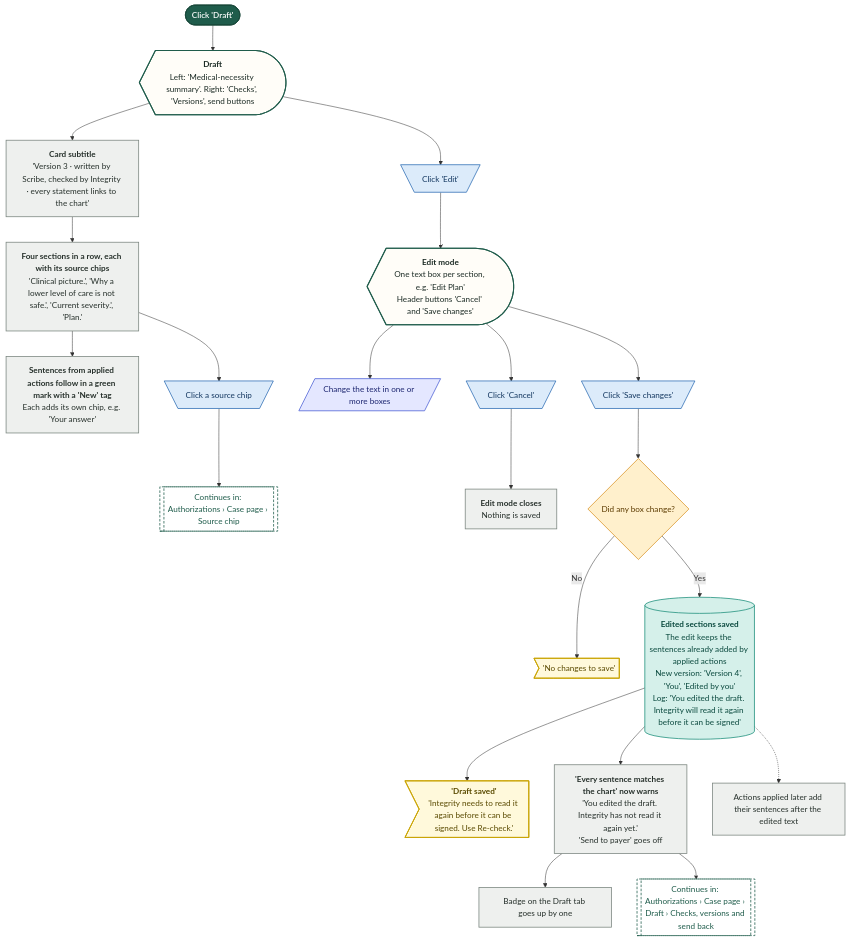
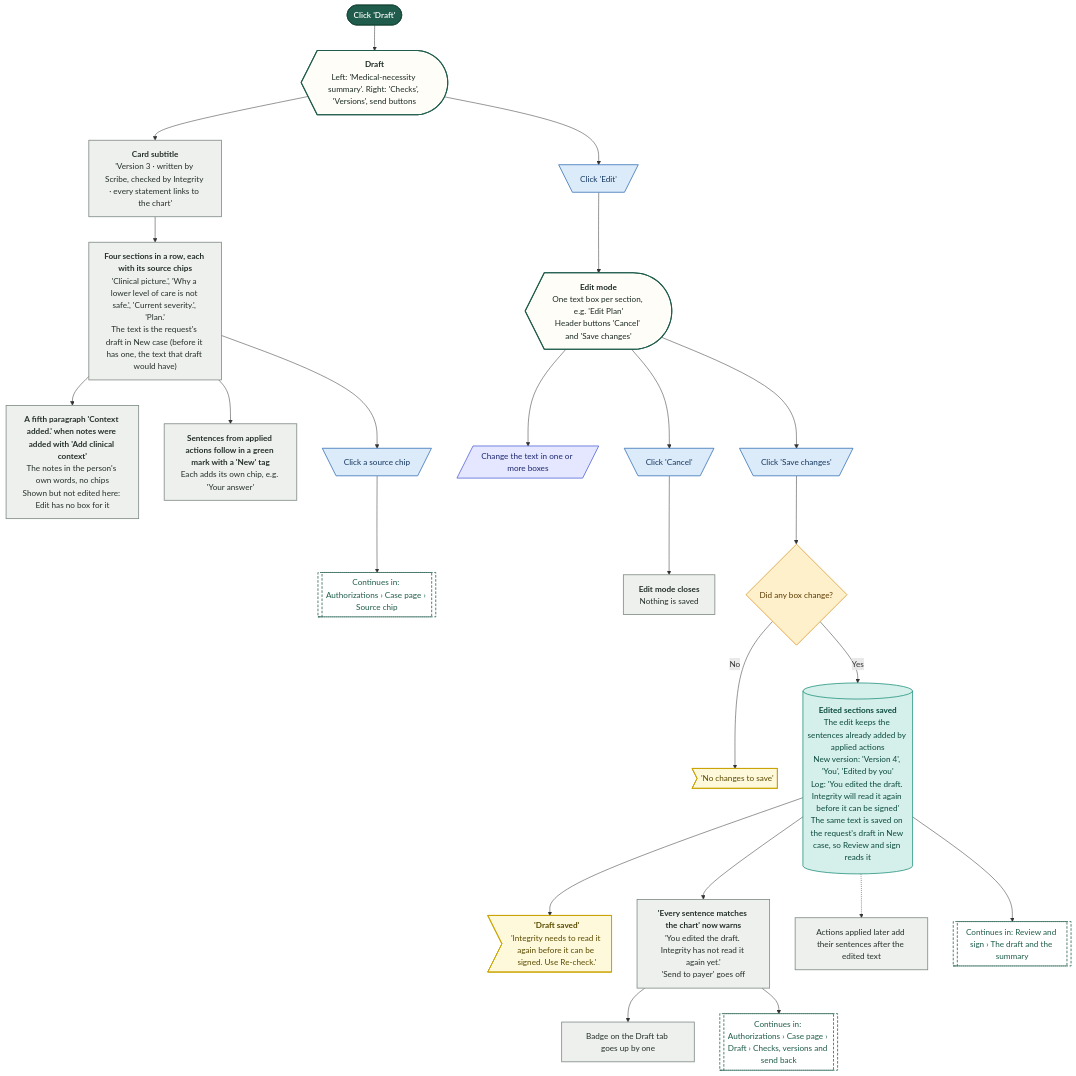
Before and after one commit to Shrav143/psyfloapp: the diagram in demos/prior-auth-demo/workflows/out/mmd/03-authorizations/70-draft-read-edit.mmd, drawn with Mermaid. The commit also changed 195 other files, not shown here.

First line of the commit message:
docs: Rebuild workflow diagrams after the demo fixes (220 diagrams)

```diff
--- a/demos/prior-auth-demo/workflows/out/mmd/03-authorizations/70-draft-read-edit.mmd
+++ b/demos/prior-auth-demo/workflows/out/mmd/03-authorizations/70-draft-read-edit.mmd
@@ -1,58 +1,62 @@
 %%{init: {"theme":"base","themeVariables":{"fontFamily":"'DM Sans', 'Segoe UI', system-ui, sans-serif","fontSize":"15px","lineColor":"#5B6B63","primaryTextColor":"#1C2B25","clusterBkg":"#FBF8F3","clusterBorder":"#D9CDBB","edgeLabelBackground":"#FFFFFF"},"flowchart":{"curve":"basis","nodeSpacing":36,"rankSpacing":48,"padding":12,"htmlLabels":true,"useMaxWidth":false,"wrappingWidth":230}} }%%
 flowchart TD
   classDef k_start fill:#1F5C4B,stroke:#174638,color:#FFFFFF,stroke-width:1.5px,font-weight:600
   classDef k_end fill:#DDEFE3,stroke:#2E7D4F,color:#14502F,stroke-width:1.5px,font-weight:600
   classDef k_endx fill:#FBE3E0,stroke:#C0392B,color:#7A1F16,stroke-width:1.5px,font-weight:600
   classDef k_screen fill:#FFFDF8,stroke:#1F5C4B,color:#1C2B25,stroke-width:2px
   classDef k_overlay fill:#F1F7F3,stroke:#1F5C4B,color:#1C2B25,stroke-width:2px,stroke-dasharray:5 3
   classDef k_click fill:#DCEBFA,stroke:#2F6DB5,color:#12365F,stroke-width:1.5px
   classDef k_input fill:#E4E7FF,stroke:#4C5FD5,color:#1D2670,stroke-width:1.5px
   classDef k_process fill:#EEF0EE,stroke:#7A857F,color:#26302B,stroke-width:1.5px
   classDef k_agent fill:#EEE5FA,stroke:#7A4FC2,color:#341A63,stroke-width:1.5px
   classDef k_decision fill:#FFF0CC,stroke:#D9962B,color:#5C3B00,stroke-width:1.5px
   classDef k_store fill:#D5F0EA,stroke:#1C8E7B,color:#0B4A3F,stroke-width:1.5px
   classDef k_doc fill:#F6E9DC,stroke:#B07A4C,color:#4A2E14,stroke-width:1.5px
   classDef k_ext fill:#FFE6D2,stroke:#E07B39,color:#6B2F06,stroke-width:1.5px
   classDef k_wait fill:#E4E8EE,stroke:#6B7C93,color:#26303D,stroke-width:1.5px
   classDef k_toast fill:#FFF9DB,stroke:#C9A400,color:#5A4A00,stroke-width:1.5px
   classDef k_goto fill:#FFFFFF,stroke:#1F5C4B,color:#1F5C4B,stroke-width:1.5px,stroke-dasharray:5 3
   s1@{ shape: stadium, label: "Click 'Draft'" }
   dr@{ shape: curv-trap, label: "<b>Draft</b><br/>Left: 'Medical-necessity summary'. Right: 'Checks', 'Versions', send buttons" }
   hd@{ shape: rect, label: "<b>Card subtitle</b><br/>'Version 3 · written by Scribe, checked by Integrity · every statement links to the chart'" }
-  sec@{ shape: rect, label: "<b>Four sections in a row, each with its source chips</b><br/>'Clinical picture.', 'Why a lower level of care is not safe.', 'Current severity.', 'Plan.'" }
+  sec@{ shape: rect, label: "<b>Four sections in a row, each with its source chips</b><br/>'Clinical picture.', 'Why a lower level of care is not safe.', 'Current severity.', 'Plan.'<br/>The text is the request's draft in New case (before it has one, the text that draft would have)" }
+  cx@{ shape: rect, label: "<b>A fifth paragraph 'Context added.' when notes were added with 'Add clinical context'</b><br/>The notes in the person's own words, no chips<br/>Shown but not edited here: Edit has no box for it" }
   nw@{ shape: rect, label: "<b>Sentences from applied actions follow in a green mark with a 'New' tag</b><br/>Each adds its own chip, e.g. 'Your answer'" }
   ch@{ shape: trap-t, label: "Click a source chip" }
   gC@{ shape: subproc, label: "Continues in: Authorizations › Case page › Source chip" }
   ed@{ shape: trap-t, label: "Click 'Edit'" }
   em@{ shape: curv-trap, label: "<b>Edit mode</b><br/>One text box per section, e.g. 'Edit Plan'<br/>Header buttons 'Cancel' and 'Save changes'" }
   ty@{ shape: lean-r, label: "Change the text in one or more boxes" }
   cn@{ shape: trap-t, label: "Click 'Cancel'" }
   cd@{ shape: rect, label: "<b>Edit mode closes</b><br/>Nothing is saved" }
   sv@{ shape: trap-t, label: "Click 'Save changes'" }
   dCh@{ shape: diam, label: "Did any box change?" }
   tn@{ shape: odd, label: "'No changes to save'" }
-  sd@{ shape: cyl, label: "<b>Edited sections saved</b><br/>The edit keeps the sentences already added by applied actions<br/>New version: 'Version 4', 'You', 'Edited by you'<br/>Log: 'You edited the draft. Integrity will read it again before it can be signed'" }
+  sd@{ shape: cyl, label: "<b>Edited sections saved</b><br/>The edit keeps the sentences already added by applied actions<br/>New version: 'Version 4', 'You', 'Edited by you'<br/>Log: 'You edited the draft. Integrity will read it again before it can be signed'<br/>The same text is saved on the request's draft in New case, so Review and sign reads it" }
   ts@{ shape: odd, label: "<b>'Draft saved'</b><br/>'Integrity needs to read it again before it can be signed. Use Re-check.'" }
   dy@{ shape: rect, label: "<b>'Every sentence matches the chart' now warns</b><br/>'You edited the draft. Integrity has not read it again yet.'<br/>'Send to payer' goes off" }
   bd@{ shape: rect, label: "Badge on the Draft tab goes up by one" }
   lt@{ shape: rect, label: "Actions applied later add their sentences after the edited text" }
   gK@{ shape: subproc, label: "Continues in: Authorizations › Case page › Draft › Checks, versions and send back" }
+  gR@{ shape: subproc, label: "Continues in: Review and sign › The draft and the summary" }
   s1 --> dr --> hd --> sec --> nw
   sec --> ch --> gC
+  sec --> cx
   dr --> ed --> em --> ty
   em --> cn --> cd
   em --> sv --> dCh
   dCh -->|"No"| tn
   dCh -->|"Yes"| sd --> ts
   sd --> dy --> bd
   dy --> gK
   sd -.-> lt
+  sd --> gR
   class s1 k_start
   class dr,em k_screen
-  class hd,sec,nw,cd,dy,bd,lt k_process
+  class hd,sec,cx,nw,cd,dy,bd,lt k_process
   class ch,ed,cn,sv k_click
-  class gC,gK k_goto
+  class gC,gK,gR k_goto
   class ty k_input
   class dCh k_decision
   class tn,ts k_toast
   class sd k_store
```
